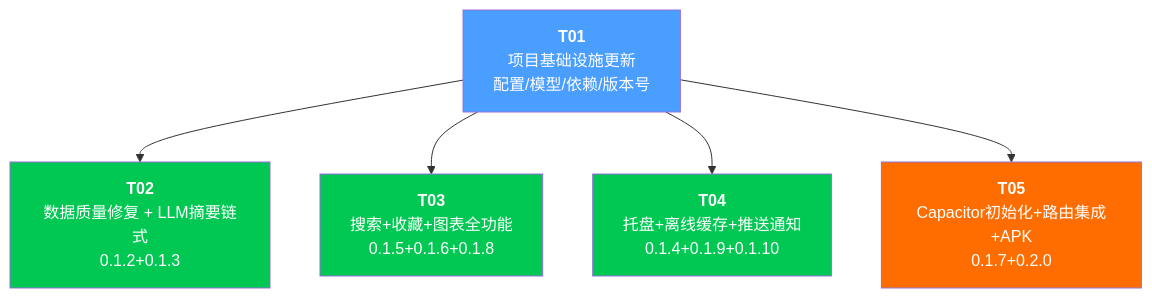
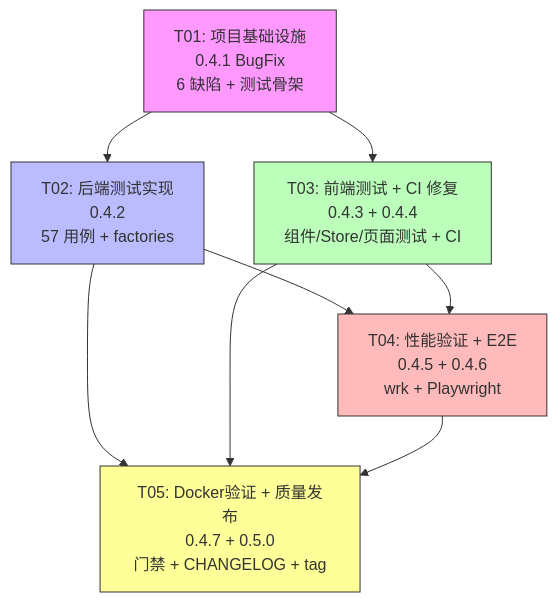
One commit to Nagi-226/DevPulse changed the fifth of 5 diagrams in docs/system_design.md. Above: the diagram before and after it, drawn with Mermaid. The commit also changed other lines of this file and 52 other files, not shown here.

````diff
--- a/docs/system_design.md
+++ b/docs/system_design.md
@@ -771,19 +590,22 @@
 ```mermaid
 graph TD
-    T01[<b>T01</b><br/>项目基础设施更新<br/>配置/模型/依赖/版本号]
-    T02[<b>T02</b><br/>数据质量修复 + LLM摘要链式<br/>0.1.2+0.1.3]
-    T03[<b>T03</b><br/>搜索+收藏+图表全功能<br/>0.1.5+0.1.6+0.1.8]
-    T04[<b>T04</b><br/>托盘+离线缓存+推送通知<br/>0.1.4+0.1.9+0.1.10]
-    T05[<b>T05</b><br/>Capacitor初始化+路由集成+APK<br/>0.1.7+0.2.0]
+    T01["T01: 项目基础设施<br/>0.4.1 BugFix<br/>6 缺陷 + 测试骨架"]
+    T02["T02: 后端测试实现<br/>0.4.2<br/>57 用例 + factories"]
+    T03["T03: 前端测试 + CI 修复<br/>0.4.3 + 0.4.4<br/>组件/Store/页面测试 + CI"]
+    T04["T04: 性能验证 + E2E<br/>0.4.5 + 0.4.6<br/>wrk + Playwright"]
+    T05["T05: Docker验证 + 质量发布<br/>0.4.7 + 0.5.0<br/>门禁 + CHANGELOG + tag"]
 
     T01 --> T02
     T01 --> T03
-    T01 --> T04
-    T01 --> T05
+    T02 --> T04
+    T03 --> T04
+    T02 --> T05
+    T03 --> T05
+    T04 --> T05
 
-    style T01 fill:#4a9eff,color:#fff
-    style T02 fill:#00c853,color:#fff
-    style T03 fill:#00c853,color:#fff
-    style T04 fill:#00c853,color:#fff
-    style T05 fill:#ff6d00,color:#fff
+    style T01 fill:#f9f,stroke:#333
+    style T02 fill:#bbf,stroke:#333
+    style T03 fill:#bfb,stroke:#333
+    style T04 fill:#fbb,stroke:#333
+    style T05 fill:#ff9,stroke:#333
 ```
````
